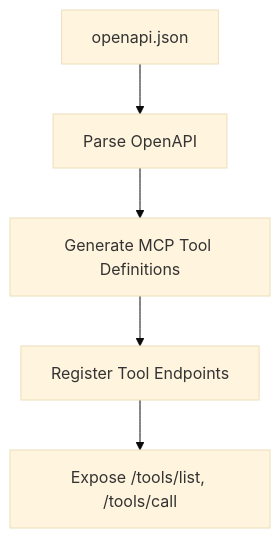
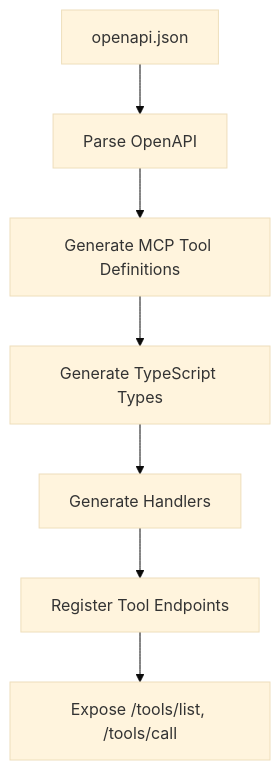
The second of 10 diagrams in README.md (markbsigler/CodePipeline-MCP), drawn with Mermaid (base theme) before and after one commit. The commit also changed other lines of this file, not shown here.

First line of the commit message:
docs(diagrams): update and expand all Mermaid diagrams for authentication, tool mapping, protocol, error handling, observability, and security flows

````diff
--- a/README.md
+++ b/README.md
@@ -283,7 +288,9 @@
 ```mermaid
 flowchart TD
     A[openapi.json] --> B[Parse OpenAPI]
     B --> C[Generate MCP Tool Definitions]
-    C --> D[Register Tool Endpoints]
-    D --> E[Expose /tools/list, /tools/call]
+    C --> D[Generate TypeScript Types]
+    D --> E[Generate Handlers]
+    E --> F[Register Tool Endpoints]
+    F --> G[Expose /tools/list, /tools/call]
 ```
````
